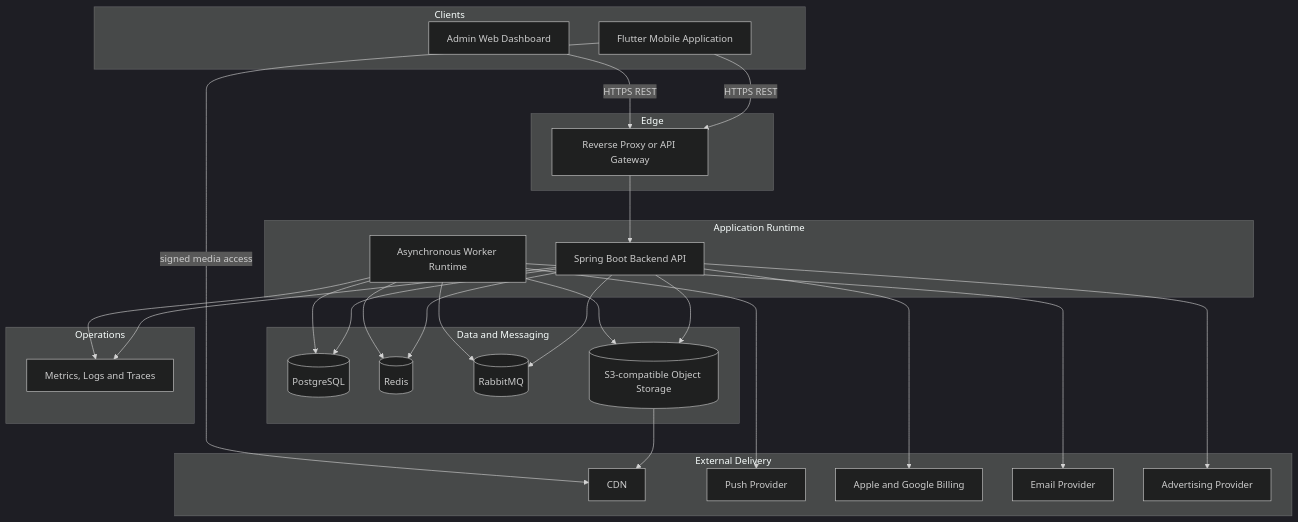
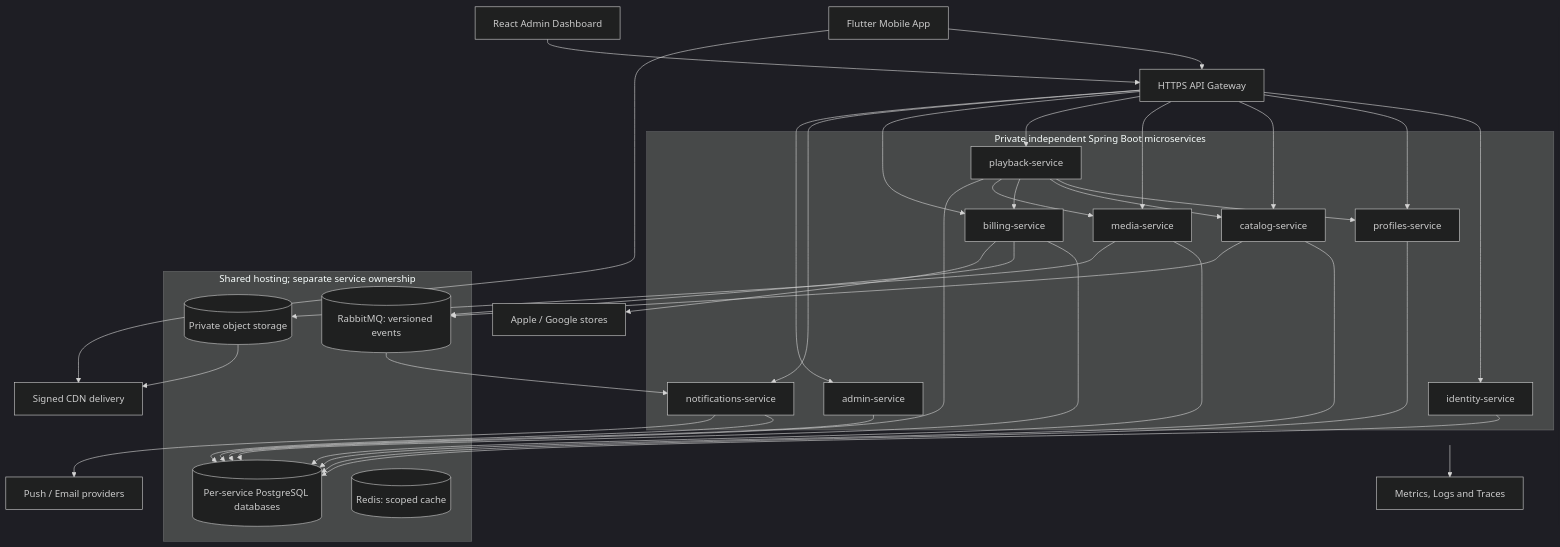
Before and after one commit to IoanMarian08/KidsAudioBookPlatform: the second of 3 diagrams in docs/03_Architecture/C4_Model/README.md, drawn with Mermaid (dark theme). The commit also changed other lines of this file, not shown here.

Commit message:
docs(c4): show independently deployed services in canonical container diagram

````diff
--- a/docs/03_Architecture/C4_Model/README.md
+++ b/docs/03_Architecture/C4_Model/README.md
@@ -155,59 +157,50 @@
-```mermaid
+~~~mermaid
 flowchart TB
-    subgraph Clients
-        Mobile[Flutter Mobile Application]
-        AdminUI[Admin Web Dashboard]
-    end
-
-    subgraph Edge
-        Gateway[Reverse Proxy or API Gateway]
-    end
-
-    subgraph Application Runtime
-        API[Spring Boot Backend API]
-        Worker[Asynchronous Worker Runtime]
-    end
-
-    subgraph Data and Messaging
-        PG[(PostgreSQL)]
-        Redis[(Redis)]
-        MQ[(RabbitMQ)]
-        Object[(S3-compatible Object Storage)]
-    end
-
-    subgraph External Delivery
-        CDN[CDN]
-        Push[Push Provider]
-        Stores[Apple and Google Billing]
-        Email[Email Provider]
-        Ads[Advertising Provider]
-    end
-
-    subgraph Operations
-        Obs[Metrics, Logs and Traces]
-    end
-
-    Mobile -->|HTTPS REST| Gateway
-    AdminUI -->|HTTPS REST| Gateway
-    Gateway --> API
-
-    API --> PG
-    API --> Redis
-    API --> MQ
-    API --> Object
-    API --> Stores
-    API --> Ads
-
-    Worker --> MQ
-    Worker --> PG
-    Worker --> Redis
-    Worker --> Object
-    Worker --> Push
-    Worker --> Email
-
-    Object --> CDN
-    Mobile -->|signed media access| CDN
-
-    API --> Obs
-    Worker --> Obs
-```
+  Mobile[Flutter Mobile App] --> Gateway[HTTPS API Gateway]
+  AdminUI[React Admin Dashboard] --> Gateway
+  subgraph Services[Private independent Spring Boot microservices]
+    ID[identity-service]
+    Profiles[profiles-service]
+    Catalog[catalog-service]
+    Media[media-service]
+    Playback[playback-service]
+    Billing[billing-service]
+    Notif[notifications-service]
+    Admin[admin-service]
+  end
+  Gateway --> ID
+  Gateway --> Profiles
+  Gateway --> Catalog
+  Gateway --> Media
+  Gateway --> Playback
+  Gateway --> Billing
+  Gateway --> Notif
+  Gateway --> Admin
+  Playback --> Profiles
+  Playback --> Catalog
+  Playback --> Billing
+  Playback --> Media
+  subgraph Infrastructure[Shared hosting; separate service ownership]
+    DB[(Per-service PostgreSQL databases)]
+    Redis[(Redis: scoped cache)]
+    MQ[(RabbitMQ: versioned events)]
+    Object[(Private object storage)]
+  end
+  ID --> DB
+  Profiles --> DB
+  Catalog --> DB
+  Media --> DB
+  Playback --> DB
+  Billing --> DB
+  Notif --> DB
+  Admin --> DB
+  Billing --> MQ
+  Catalog --> MQ
+  MQ --> Notif
+  Media --> Object
+  Object --> CDN[Signed CDN delivery]
+  Mobile --> CDN
+  Notif --> Push[Push / Email providers]
+  Billing --> Stores[Apple / Google stores]
+  Services --> Obs[Metrics, Logs and Traces]
+~~~
````
